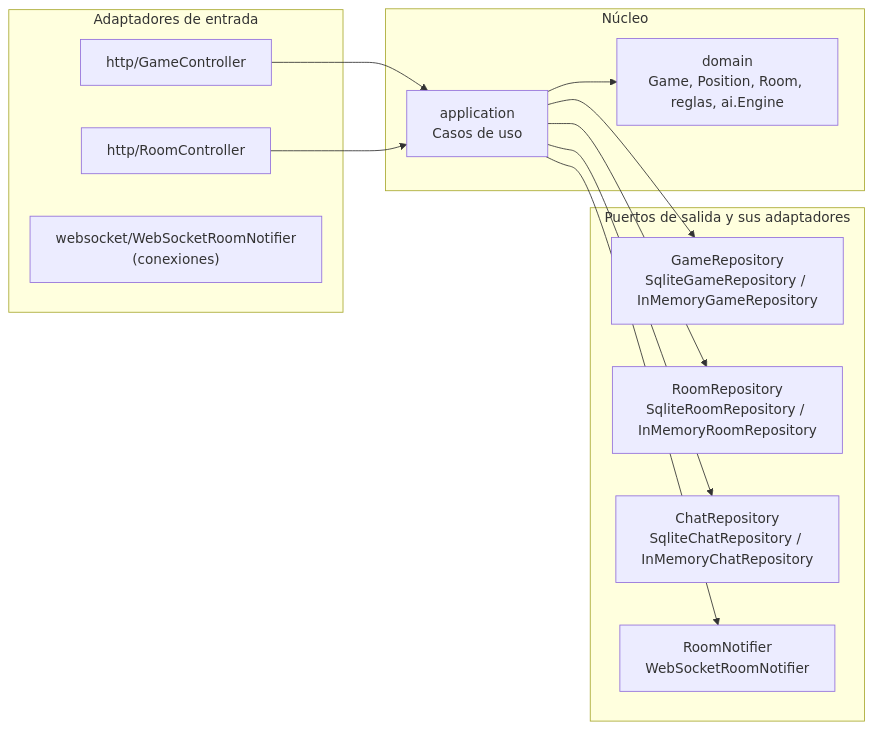
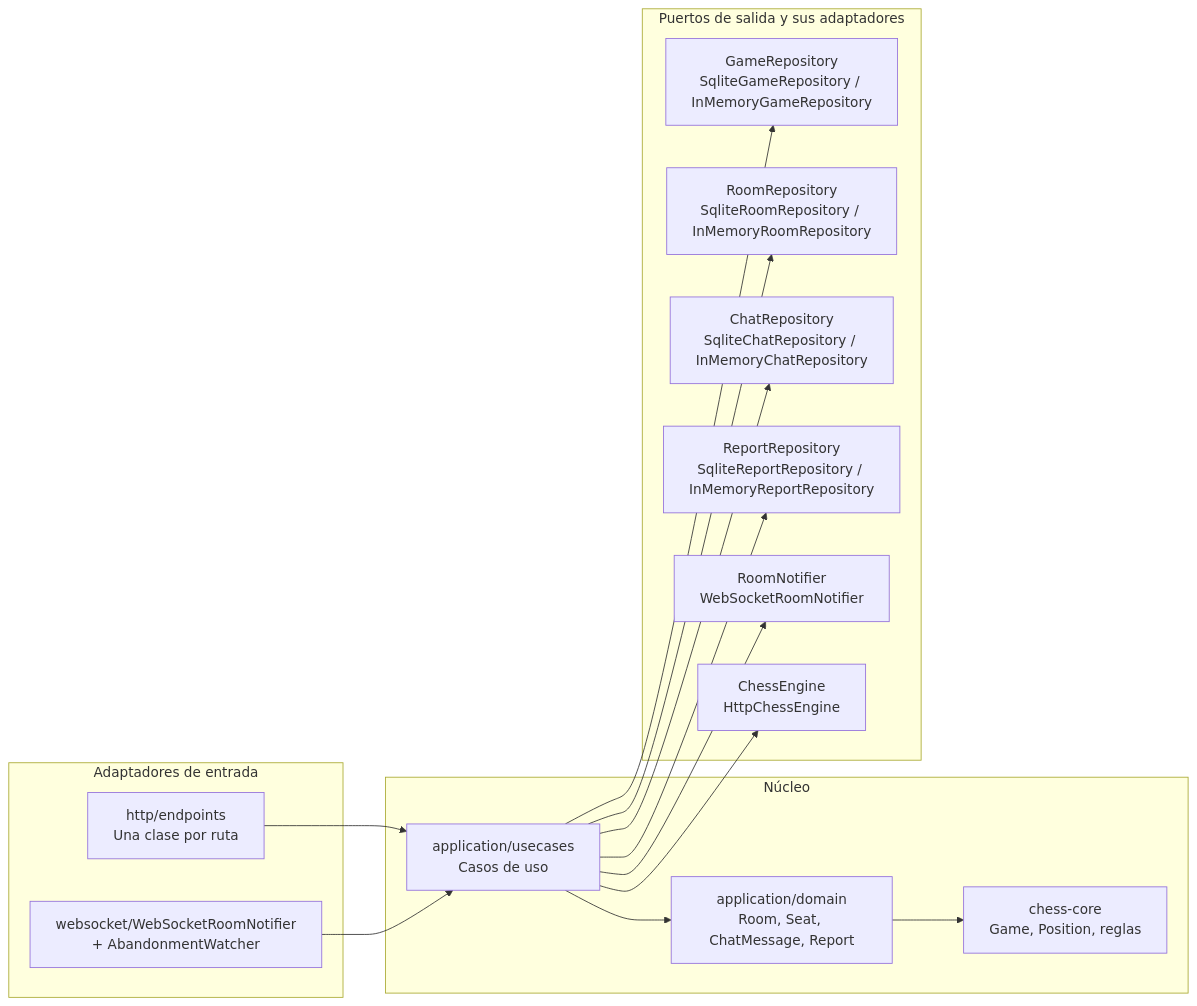
Before and after one commit to LuisLr21/chess-software: the second of 5 diagrams in README.md, drawn with Mermaid. The commit also changed other lines of this file and 307 other files, not shown here.

Commit message:
Multi-module hexagonal architecture: chess-core, chess-ai-service and chess-server with UseCase interface, one EndPoint per route, abandonment and opponent reports

````diff
--- a/README.md
+++ b/README.md
@@ -224,28 +292,33 @@
 ```mermaid
 flowchart LR
     subgraph Entrada["Adaptadores de entrada"]
-        GC["http/GameController"]
-        RC["http/RoomController"]
-        WSE["websocket/WebSocketRoomNotifier<br/>(conexiones)"]
+        EP["http/endpoints<br/>Una clase por ruta"]
+        WSE["websocket/WebSocketRoomNotifier<br/>+ AbandonmentWatcher"]
     end
 
     subgraph Nucleo["Núcleo"]
-        UC["application<br/>Casos de uso"]
-        DOM["domain<br/>Game, Position, Room, reglas, ai.Engine"]
+        UC["application/usecases<br/>Casos de uso"]
+        DOM["application/domain<br/>Room, Seat, ChatMessage, Report"]
+        CORE["chess-core<br/>Game, Position, reglas"]
     end
 
     subgraph Salida["Puertos de salida y sus adaptadores"]
         GR["GameRepository<br/>SqliteGameRepository / InMemoryGameRepository"]
         RR["RoomRepository<br/>SqliteRoomRepository / InMemoryRoomRepository"]
         CR["ChatRepository<br/>SqliteChatRepository / InMemoryChatRepository"]
+        RPR["ReportRepository<br/>SqliteReportRepository / InMemoryReportRepository"]
         RN["RoomNotifier<br/>WebSocketRoomNotifier"]
+        CE["ChessEngine<br/>HttpChessEngine"]
     end
 
-    GC --> UC
-    RC --> UC
+    EP --> UC
+    WSE --> UC
     UC --> DOM
+    DOM --> CORE
     UC --> GR
     UC --> RR
     UC --> CR
+    UC --> RPR
     UC --> RN
+    UC --> CE
 ```
````
